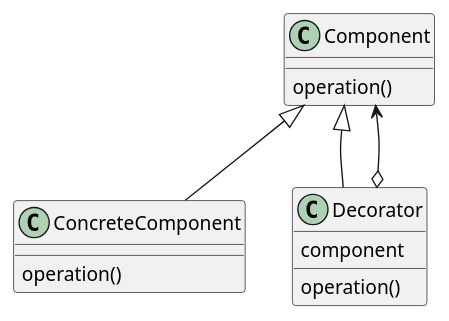
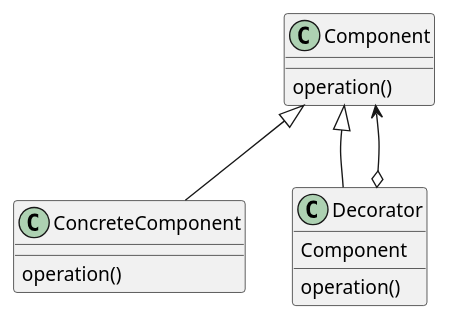
The diagram in structural_patterns/decorator/decorator.puml (sirejik/software-design-patterns), drawn with PlantUML before and after one commit. The commit also changed 5 other files, not shown here.

```diff
--- a/structural_patterns/decorator/decorator.puml
+++ b/structural_patterns/decorator/decorator.puml
@@ -1,18 +1,18 @@
 @startuml
 
 class Component {
     operation()
 }
 class ConcreteComponent {
     operation()
 }
 class Decorator {
-    component
+    Component
     operation()
 }
 
 Component <|-- ConcreteComponent
 Component <|-- Decorator
 Decorator o--> Component
 
 @enduml
```
